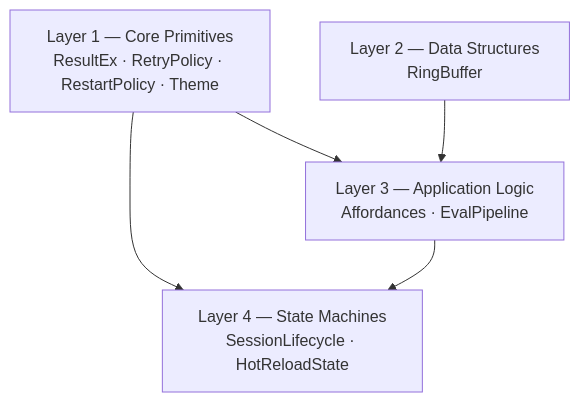
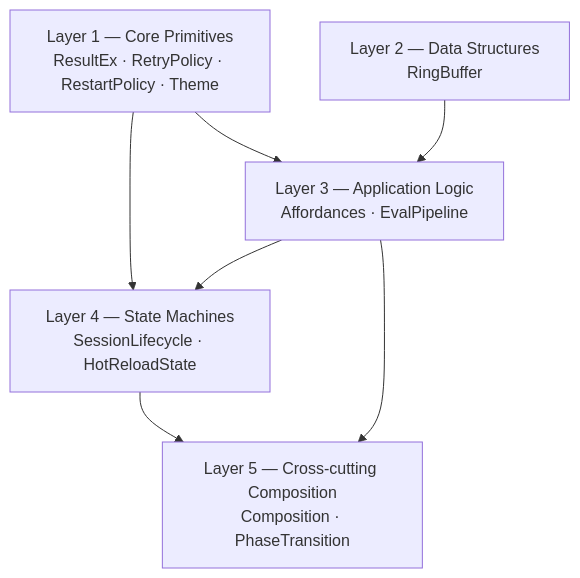
One commit to WillEhrendreich/SageFs changed the first of 8 diagrams in formal-verification/REPORT.md. Above: the diagram before and after it, drawn with Mermaid. The commit also changed other lines of this file and 3 other files, not shown here.

````diff
--- a/formal-verification/REPORT.md
+++ b/formal-verification/REPORT.md
@@ -32,11 +34,14 @@
 ```mermaid
 graph TD
   A["Layer 1 — Core Primitives<br/>ResultEx · RetryPolicy · RestartPolicy · Theme"]
   B["Layer 2 — Data Structures<br/>RingBuffer"]
   C["Layer 3 — Application Logic<br/>Affordances · EvalPipeline"]
   D["Layer 4 — State Machines<br/>SessionLifecycle · HotReloadState"]
+  E["Layer 5 — Cross-cutting Composition<br/>Composition · PhaseTransition"]
   A --> C
   B --> C
   A --> D
   C --> D
+  D --> E
+  C --> E
 ```
````
